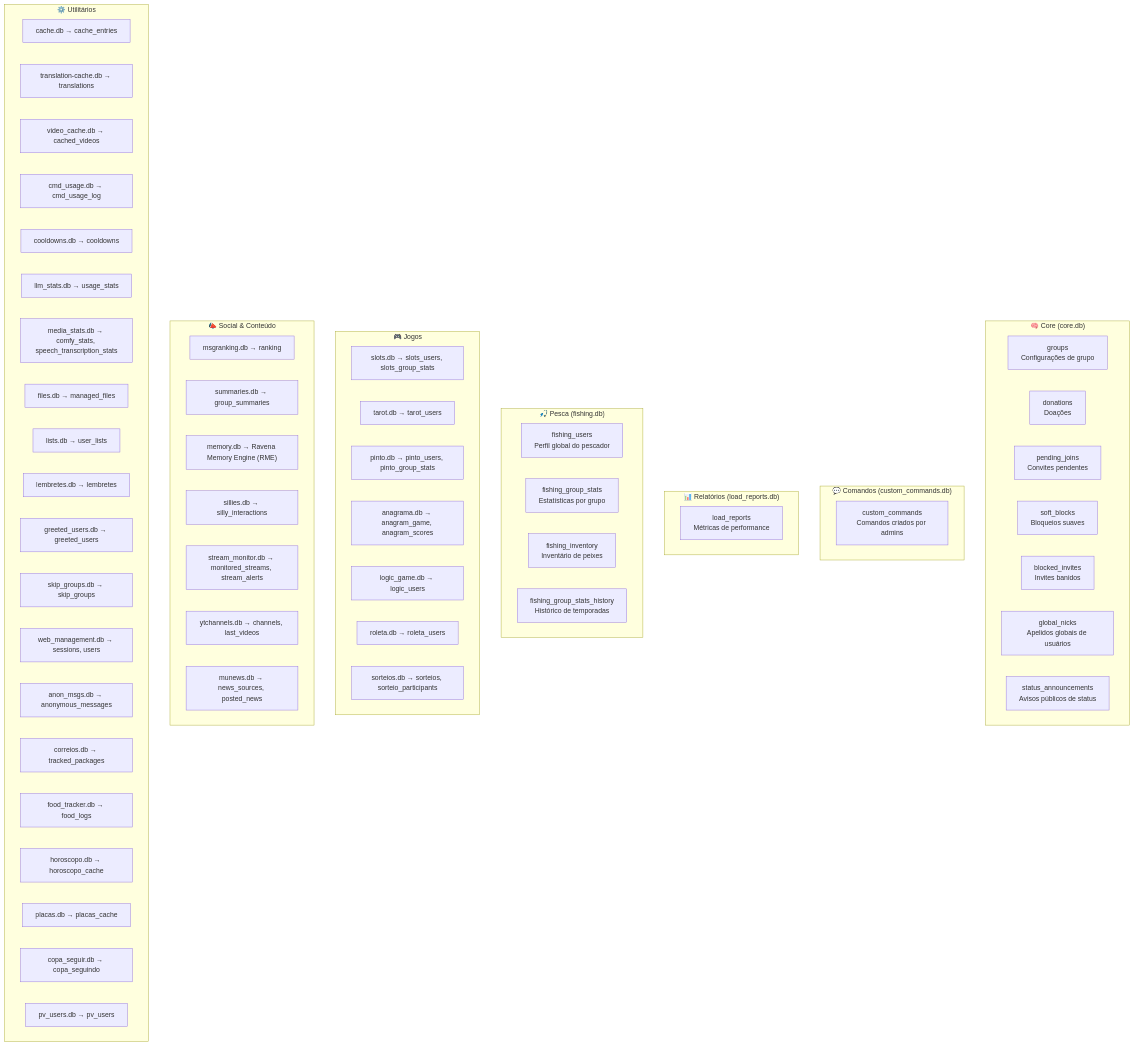
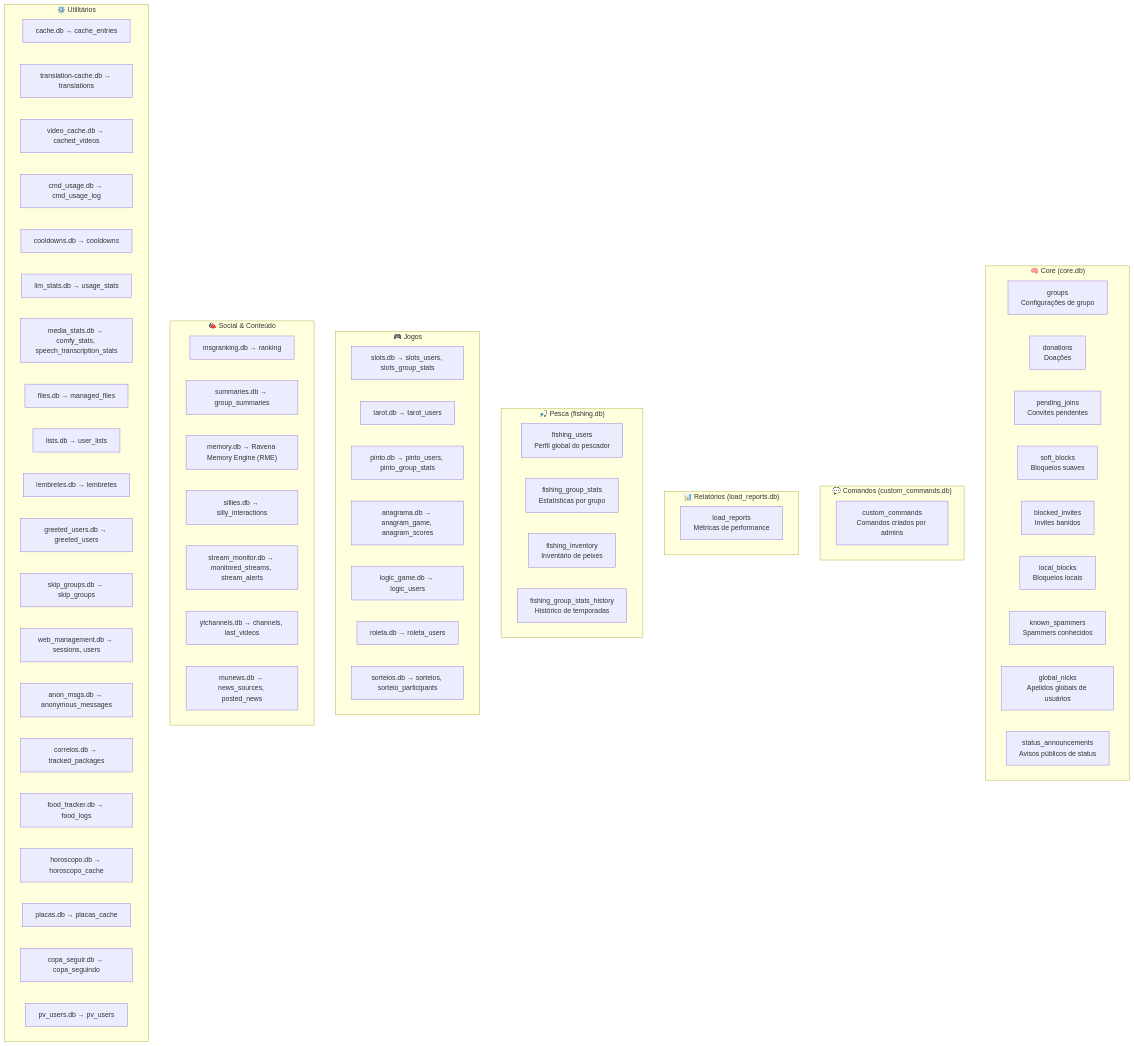
One commit to moothz/ravena-ai changed the diagram in DATABASE_TABLES.md. Above: the diagram before and after it, drawn with Mermaid. The commit also changed other lines of this file and 5 other files, not shown here.

Commit message:
feat(security): implementar lista de spammers conhecidos e comandos de superadmin

````diff
--- a/DATABASE_TABLES.md
+++ b/DATABASE_TABLES.md
@@ -10,70 +10,72 @@
 ```mermaid
 graph TD
     subgraph CORE ["🧠 Core (core.db)"]
         groups["groups\nConfigurações de grupo"]
         donations["donations\nDoações"]
         pending_joins["pending_joins\nConvites pendentes"]
         soft_blocks["soft_blocks\nBloqueios suaves"]
         blocked_invites["blocked_invites\nInvites banidos"]
+        local_blocks["local_blocks\nBloqueios locais"]
+        known_spammers["known_spammers\nSpammers conhecidos"]
         global_nicks["global_nicks\nApelidos globais de usuários"]
         status_announcements["status_announcements\nAvisos públicos de status"]
     end
 
     subgraph CMDS ["💬 Comandos (custom_commands.db)"]
         custom_commands["custom_commands\nComandos criados por admins"]
     end
 
     subgraph REPORTS ["📊 Relatórios (load_reports.db)"]
         load_reports["load_reports\nMétricas de performance"]
     end
 
     subgraph FISHING ["🎣 Pesca (fishing.db)"]
         fishing_users["fishing_users\nPerfil global do pescador"]
         fishing_group_stats["fishing_group_stats\nEstatísticas por grupo"]
         fishing_inventory["fishing_inventory\nInventário de peixes"]
         fishing_group_stats_history["fishing_group_stats_history\nHistórico de temporadas"]
     end
 
     subgraph GAMES ["🎮 Jogos"]
         slots["slots.db → slots_users, slots_group_stats"]
         tarot["tarot.db → tarot_users"]
         pinto["pinto.db → pinto_users, pinto_group_stats"]
         anagram["anagrama.db → anagram_game, anagram_scores"]
         logic["logic_game.db → logic_users"]
         roleta["roleta.db → roleta_users"]
         sorteios["sorteios.db → sorteios, sorteio_participants"]
     end
 
     subgraph SOCIAL ["📣 Social & Conteúdo"]
         ranking["msgranking.db → ranking"]
         summaries["summaries.db → group_summaries"]
         memory["memory.db → Ravena Memory Engine (RME)"]
         sillies["sillies.db → silly_interactions"]
         stream["stream_monitor.db → monitored_streams, stream_alerts"]
         ytchannels["ytchannels.db → channels, last_videos"]
         munews["munews.db → news_sources, posted_news"]
     end
 
     subgraph UTILS ["⚙️ Utilitários"]
         cache["cache.db → cache_entries"]
         translation_cache["translation-cache.db → translations"]
         video_cache["video_cache.db → cached_videos"]
         cmd_usage["cmd_usage.db → cmd_usage_log"]
         cooldowns["cooldowns.db → cooldowns"]
         llm_stats["llm_stats.db → usage_stats"]
         media_stats["media_stats.db → comfy_stats, speech_transcription_stats"]
         files["files.db → managed_files"]
         lists["lists.db → user_lists"]
         lembretes["lembretes.db → lembretes"]
         greeted["greeted_users.db → greeted_users"]
         skip_groups["skip_groups.db → skip_groups"]
         web_mgmt["web_management.db → sessions, users"]
         anon_msgs["anon_msgs.db → anonymous_messages"]
         correios["correios.db → tracked_packages"]
         food_tracker["food_tracker.db → food_logs"]
         horoscopo["horoscopo.db → horoscopo_cache"]
         placas["placas.db → placas_cache"]
         copa_seguir["copa_seguir.db → copa_seguindo"]
         pv_users["pv_users.db → pv_users"]
     end
 ```
````
